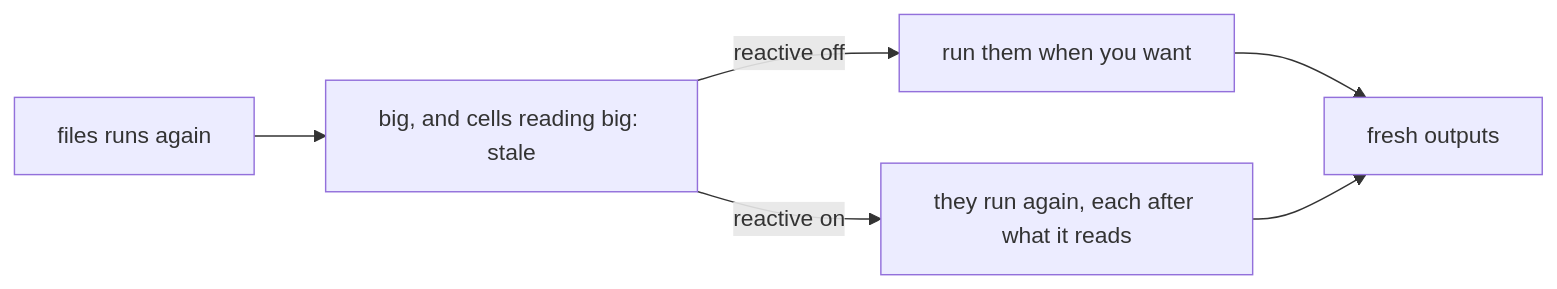
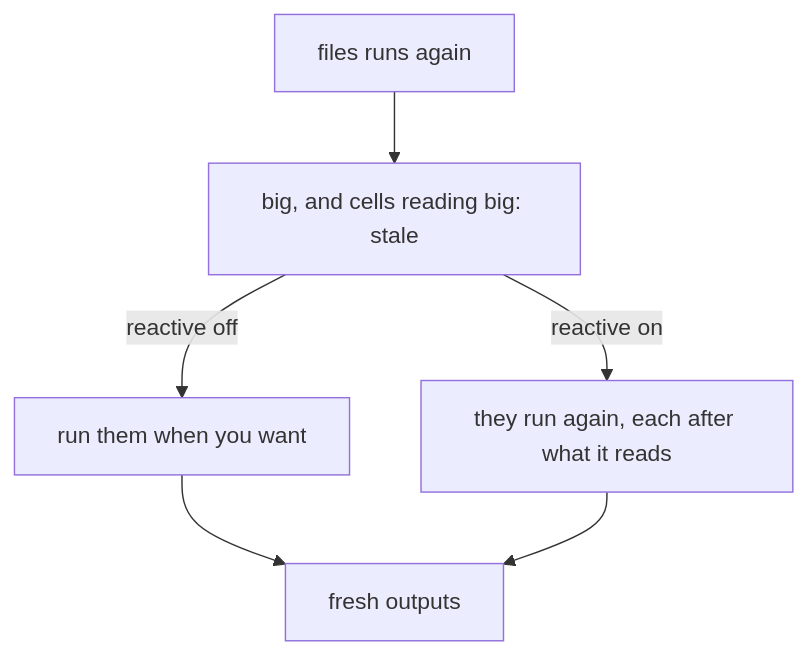
Before and after one commit to FelineStateMachine/012: the fourth of 6 diagrams in docs/nushell/notebooks.md, drawn with Mermaid. The commit also changed other lines of this file and 15 other files, not shown here.

First line of the commit message:
Notebook demos re-recorded; diagrams in the nushell pages; r runs a cell where Ctrl+Enter can't

````diff
--- a/docs/nushell/notebooks.md
+++ b/docs/nushell/notebooks.md
@@ -180,8 +215,8 @@
 ```mermaid
-flowchart LR
+flowchart TD
     run["files runs again"] --> stale["big, and cells reading big: stale"]
     stale -->|reactive off| you["run them when you want"]
     stale -->|reactive on| again["they run again, each after what it reads"]
     you --> fresh["fresh outputs"]
     again --> fresh
 ```
````
